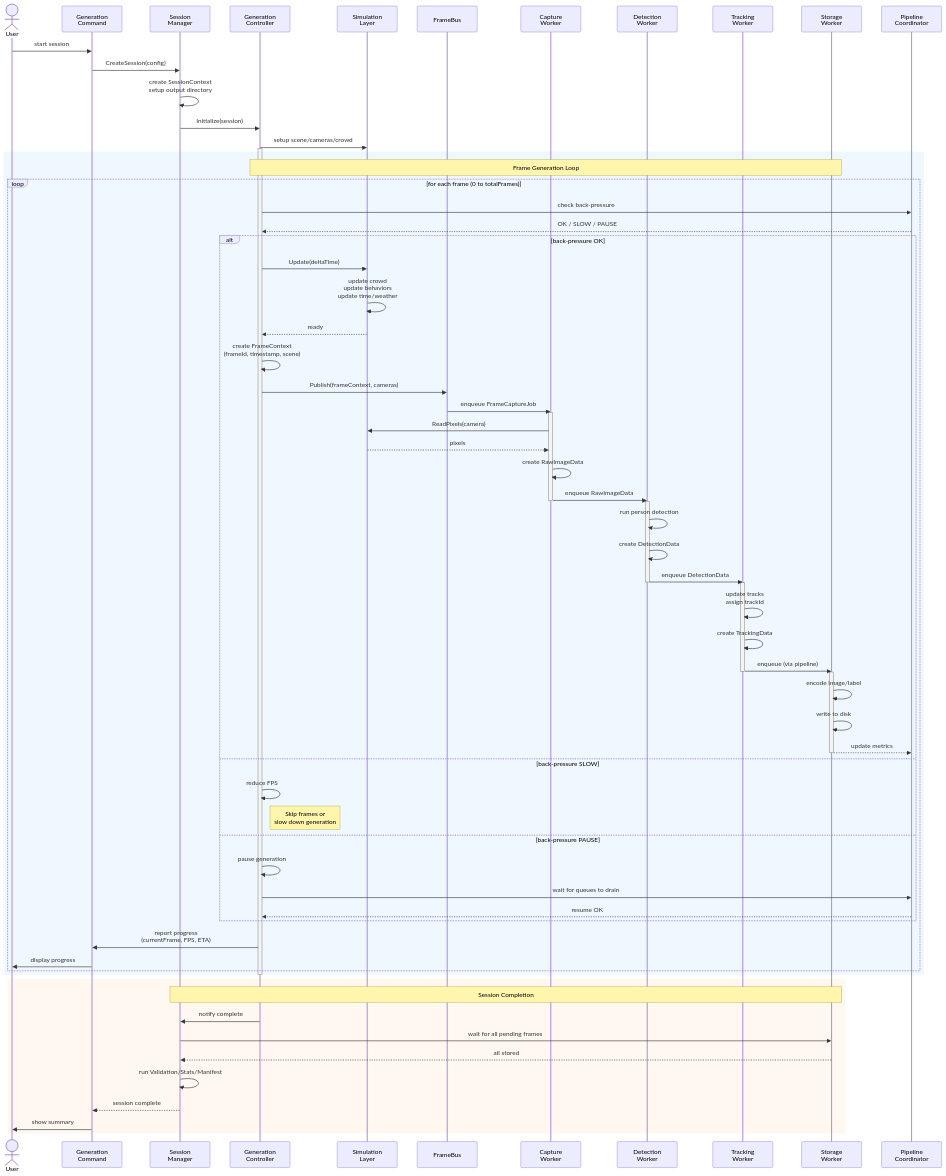
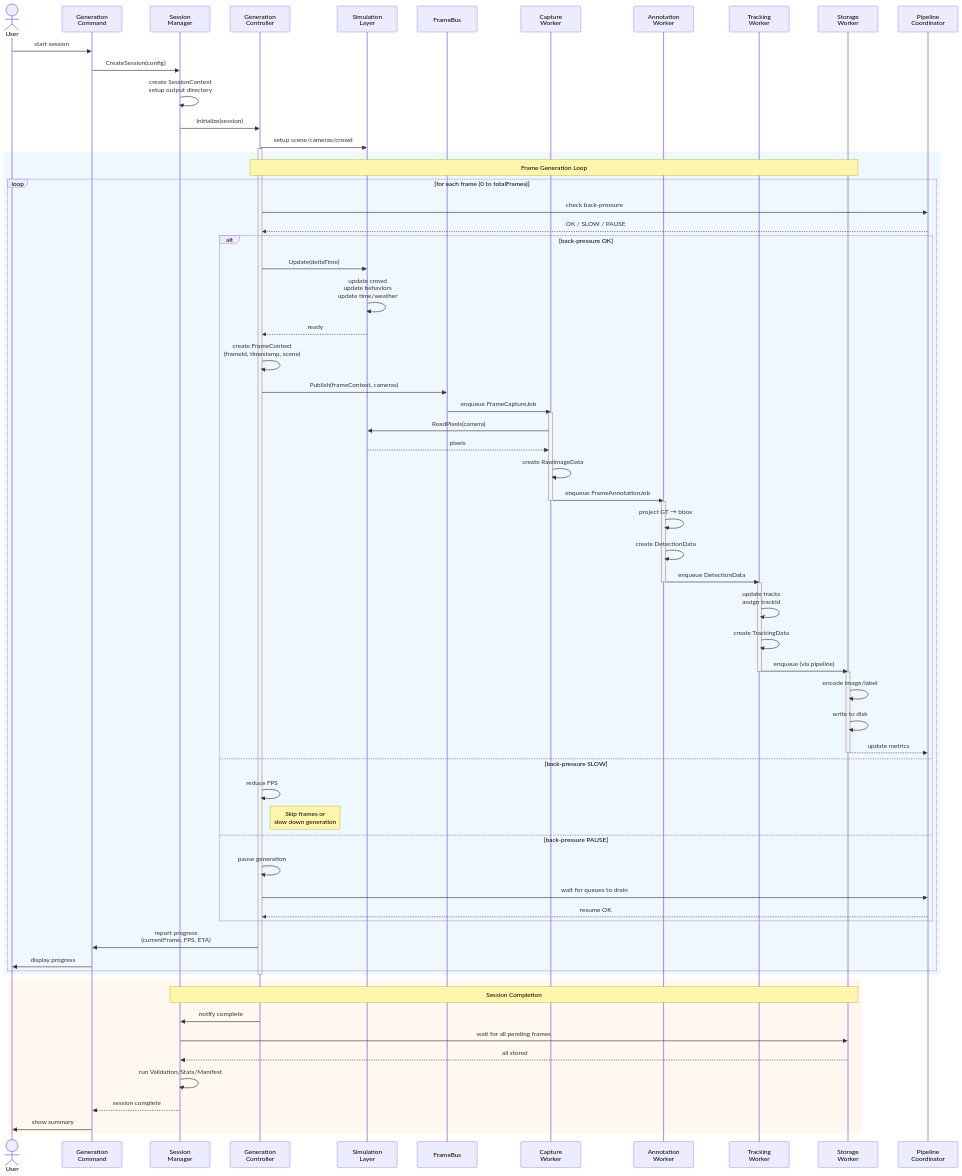
Before and after one commit to JinRobotics/Forge: the diagram in docs/design/4_Data_Pipeline_Specification.md, drawn with Mermaid. The commit also changed other lines of this file and 14 other files, not shown here.

```diff
--- a/docs/design/4_Data_Pipeline_Specification.md
+++ b/docs/design/4_Data_Pipeline_Specification.md
@@ -296,7 +370,7 @@
     participant Sim as Simulation<br/>Layer
     participant Bus as FrameBus
     participant Capture as Capture<br/>Worker
-    participant Detection as Detection<br/>Worker
+    participant Detection as Annotation<br/>Worker
     participant Tracking as Tracking<br/>Worker
     participant Storage as Storage<br/>Worker
     participant PipeCoord as Pipeline<br/>Coordinator
@@ -327,11 +401,11 @@
                 Capture->>Sim: ReadPixels(camera)
                 Sim-->>Capture: pixels
                 Capture->>Capture: create RawImageData
-                Capture->>Detection: enqueue RawImageData
+                Capture->>Detection: enqueue FrameAnnotationJob
                 deactivate Capture
 
                 activate Detection
-                Detection->>Detection: run person detection
+                Detection->>Detection: project GT → bbox
                 Detection->>Detection: create DetectionData
                 Detection->>Tracking: enqueue DetectionData
                 deactivate Detection
```
